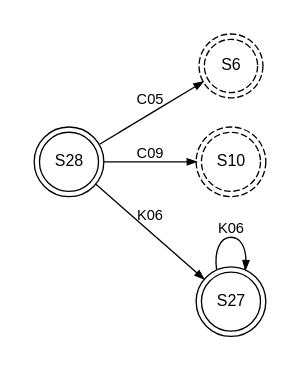
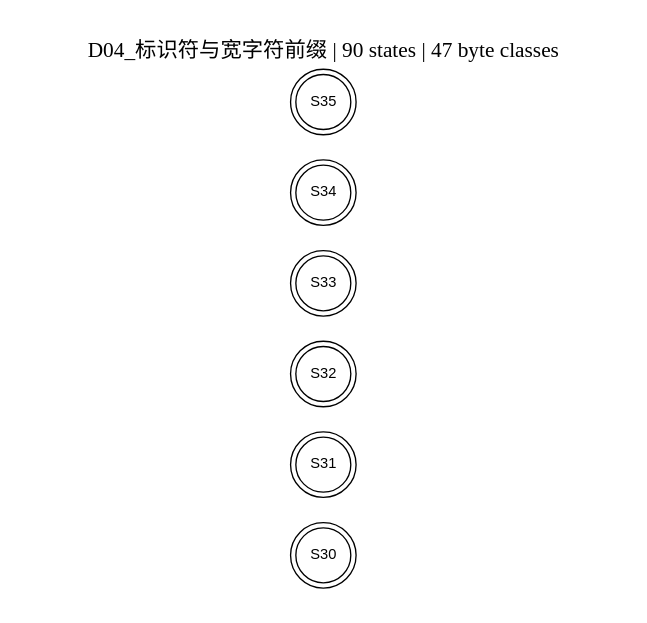
One commit to EternalLonging/AAACompilerDevelopment changed the diagram in 实验设计/LL1与图示/矢量图/D04_标识符与宽字符前缀.dot. Above: the diagram before and after it, drawn with Graphviz. The commit also changed 86 other files, not shown here.

```diff
--- a/实验设计/LL1与图示/矢量图/D04_标识符与宽字符前缀.dot
+++ b/实验设计/LL1与图示/矢量图/D04_标识符与宽字符前缀.dot
@@ -1,9 +1,13 @@
-digraph G { graph [rankdir=LR, bgcolor="white", nodesep=0.3, ranksep=0.65, pad=0.25]; node [fontname="Arial", fontsize=12, shape=circle, width=0.55]; edge [fontname="Arial", fontsize=11, arrowsize=0.65];n6 [label="S6",shape=doublecircle,style=dashed];
-n10 [label="S10",shape=doublecircle,style=dashed];
-n27 [label="S27",shape=doublecircle,style=solid];
-n28 [label="S28",shape=doublecircle,style=solid];
-n27 -> n27 [label="K06"];
-n28 -> n6 [label="C05"];
-n28 -> n10 [label="C09"];
-n28 -> n27 [label="K06"];
+digraph G {
+  graph [rankdir=LR, bgcolor="white", nodesep=0.25, ranksep=0.55, pad=0.25];
+  node [fontname="Arial", fontsize=11, shape=circle, width=0.55];
+  edge [fontname="Arial", fontsize=9, arrowsize=0.6];
+  label="D04_标识符与宽字符前缀 | 90 states | 47 byte classes";
+  labelloc="t"; fontsize=16;
+  n30 [label="S30", shape=doublecircle];
+  n31 [label="S31", shape=doublecircle];
+  n32 [label="S32", shape=doublecircle];
+  n33 [label="S33", shape=doublecircle];
+  n34 [label="S34", shape=doublecircle];
+  n35 [label="S35", shape=doublecircle];
 }
```
